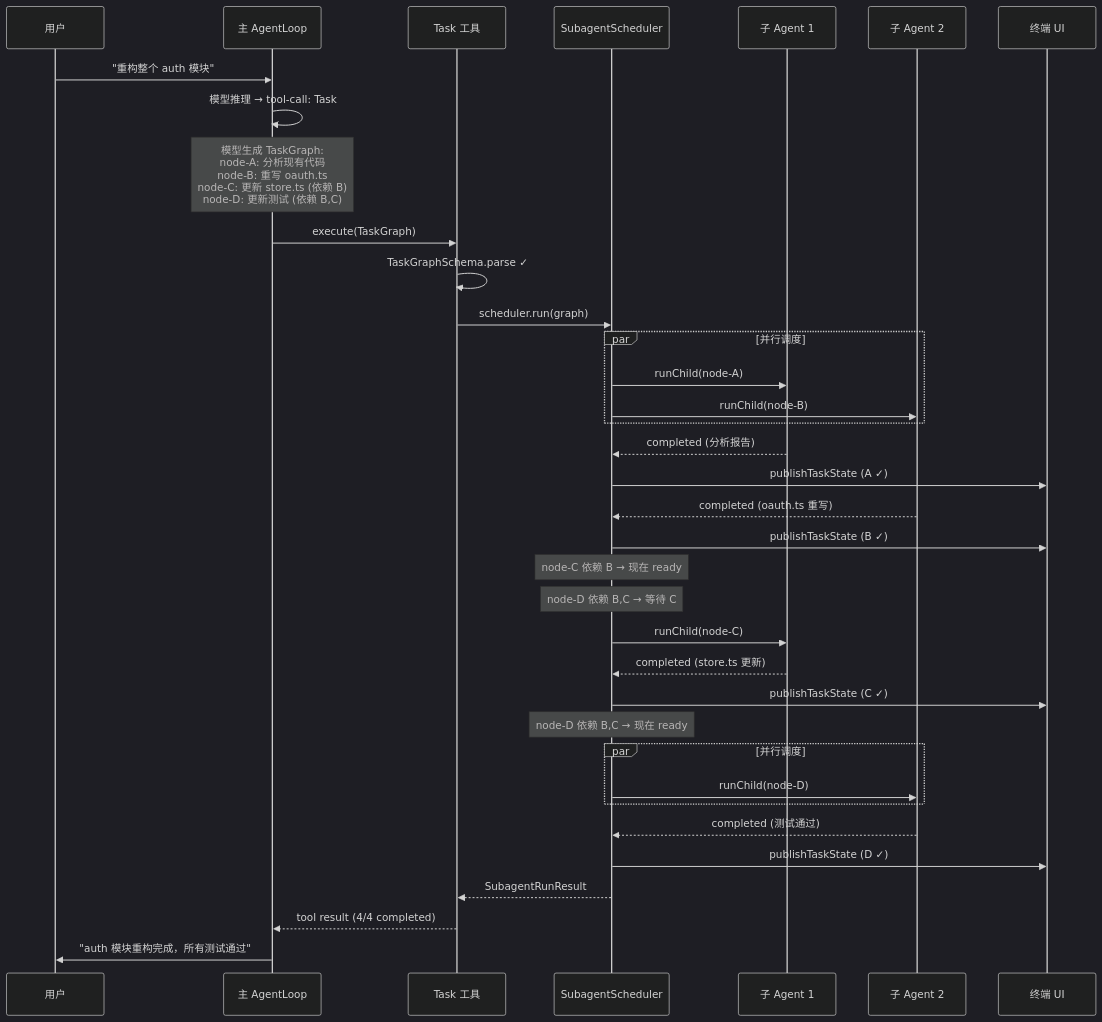
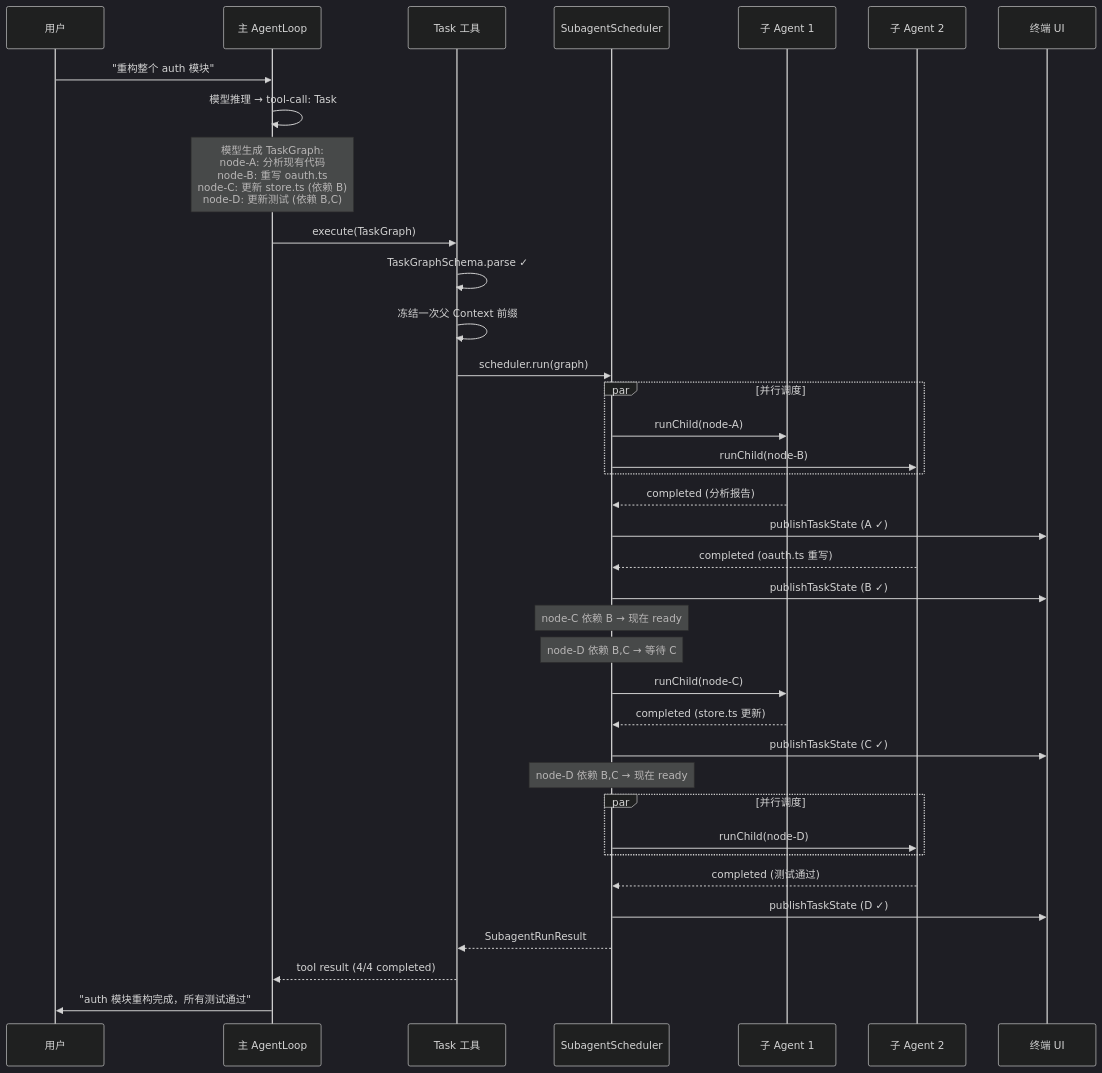
One commit to YachuanWzh/flavor-code changed diagram 11 of 35 in 技术方案报告.md. Above: the diagram before and after it, drawn with Mermaid (dark theme). The commit also changed other lines of this file and 19 other files, not shown here.

````diff
--- a/技术方案报告.md
+++ b/技术方案报告.md
@@ -1026,48 +1071,49 @@
 ```mermaid
 sequenceDiagram
     participant U as 用户
     participant MAIN as 主 AgentLoop
     participant TOOL as Task 工具
     participant SCHED as SubagentScheduler
     participant SUB1 as 子 Agent 1
     participant SUB2 as 子 Agent 2
     participant UI as 终端 UI
 
     U->>MAIN: "重构整个 auth 模块"
     MAIN->>MAIN: 模型推理 → tool-call: Task
     Note over MAIN: 模型生成 TaskGraph:<br/>node-A: 分析现有代码<br/>node-B: 重写 oauth.ts<br/>node-C: 更新 store.ts (依赖 B)<br/>node-D: 更新测试 (依赖 B,C)
 
     MAIN->>TOOL: execute(TaskGraph)
     TOOL->>TOOL: TaskGraphSchema.parse ✓
+    TOOL->>TOOL: 冻结一次父 Context 前缀
     TOOL->>SCHED: scheduler.run(graph)
 
     par 并行调度
         SCHED->>SUB1: runChild(node-A)
         SCHED->>SUB2: runChild(node-B)
     end
     SUB1-->>SCHED: completed (分析报告)
     SCHED->>UI: publishTaskState (A ✓)
 
     SUB2-->>SCHED: completed (oauth.ts 重写)
     SCHED->>UI: publishTaskState (B ✓)
 
     Note over SCHED: node-C 依赖 B → 现在 ready
     Note over SCHED: node-D 依赖 B,C → 等待 C
 
     SCHED->>SUB1: runChild(node-C)
 
     SUB1-->>SCHED: completed (store.ts 更新)
     SCHED->>UI: publishTaskState (C ✓)
     Note over SCHED: node-D 依赖 B,C → 现在 ready
 
     par 并行调度
         SCHED->>SUB2: runChild(node-D)
     end
 
     SUB2-->>SCHED: completed (测试通过)
     SCHED->>UI: publishTaskState (D ✓)
 
     SCHED-->>TOOL: SubagentRunResult
     TOOL-->>MAIN: tool result (4/4 completed)
     MAIN->>U: "auth 模块重构完成，所有测试通过"
 ```
````
